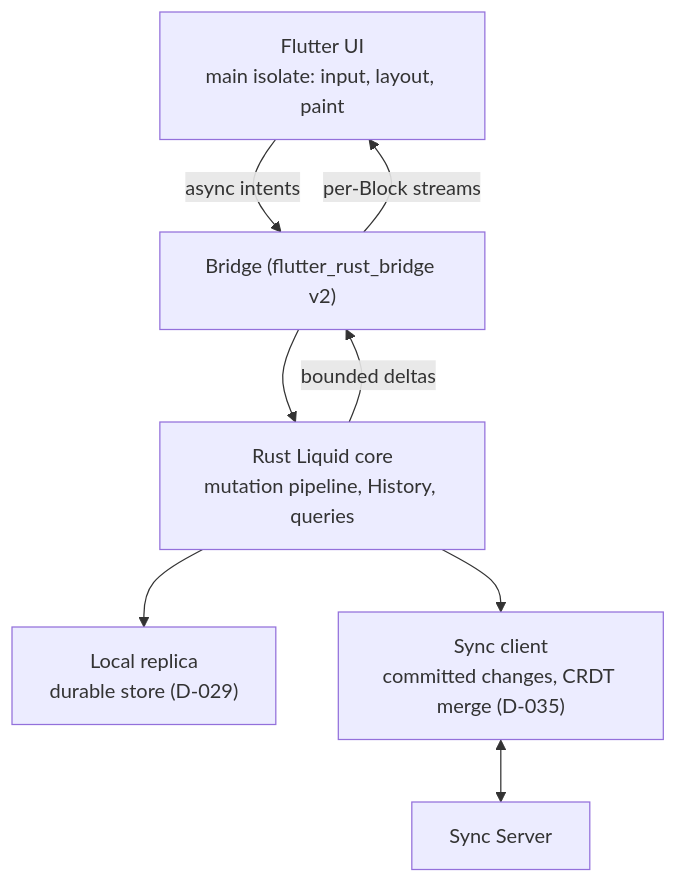
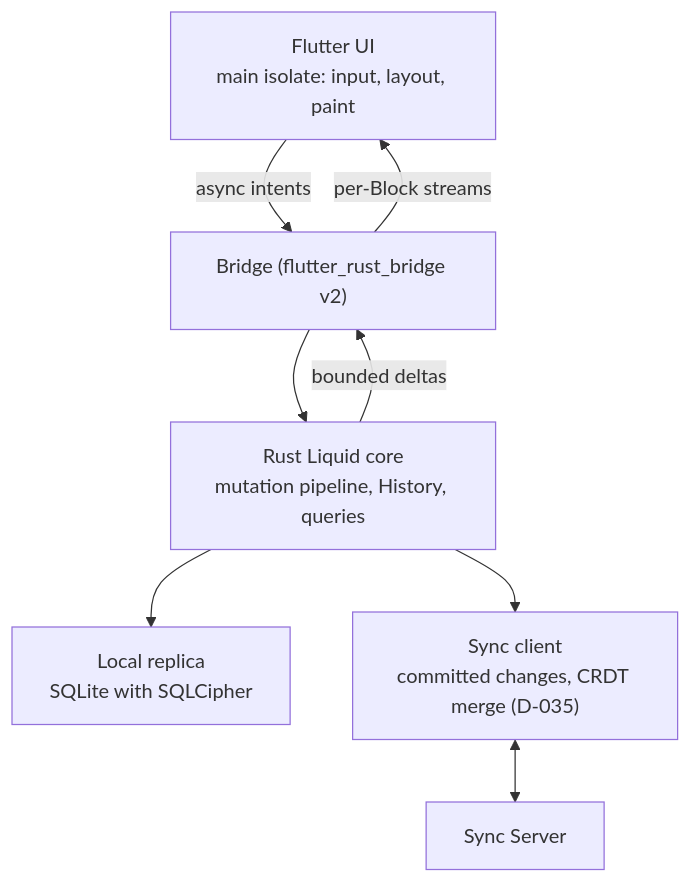
Before and after one commit to Open-Equilibrium/watershed: the diagram in docs/concept/liquid-client-architecture.md, drawn with Mermaid. The commit also changed other lines of this file and 7 other files, not shown here.

First line of the commit message:
docs: store Liquid replicas in SQLite with SQLCipher

````diff
--- a/docs/concept/liquid-client-architecture.md
+++ b/docs/concept/liquid-client-architecture.md
@@ -11,10 +11,10 @@
 ```mermaid
 flowchart TD
   UI["Flutter UI<br/>main isolate: input, layout, paint"] -->|"async intents"| BR["Bridge (flutter_rust_bridge v2)"]
   BR --> CORE["Rust Liquid core<br/>mutation pipeline, History, queries"]
-  CORE --> ST["Local replica<br/>durable store (D-029)"]
+  CORE --> ST["Local replica<br/>SQLite with SQLCipher"]
   CORE --> SY["Sync client<br/>committed changes, CRDT merge (D-035)"]
   SY <--> SS["Sync Server"]
   CORE -->|"bounded deltas"| BR
   BR -->|"per-Block streams"| UI
 ```
````
